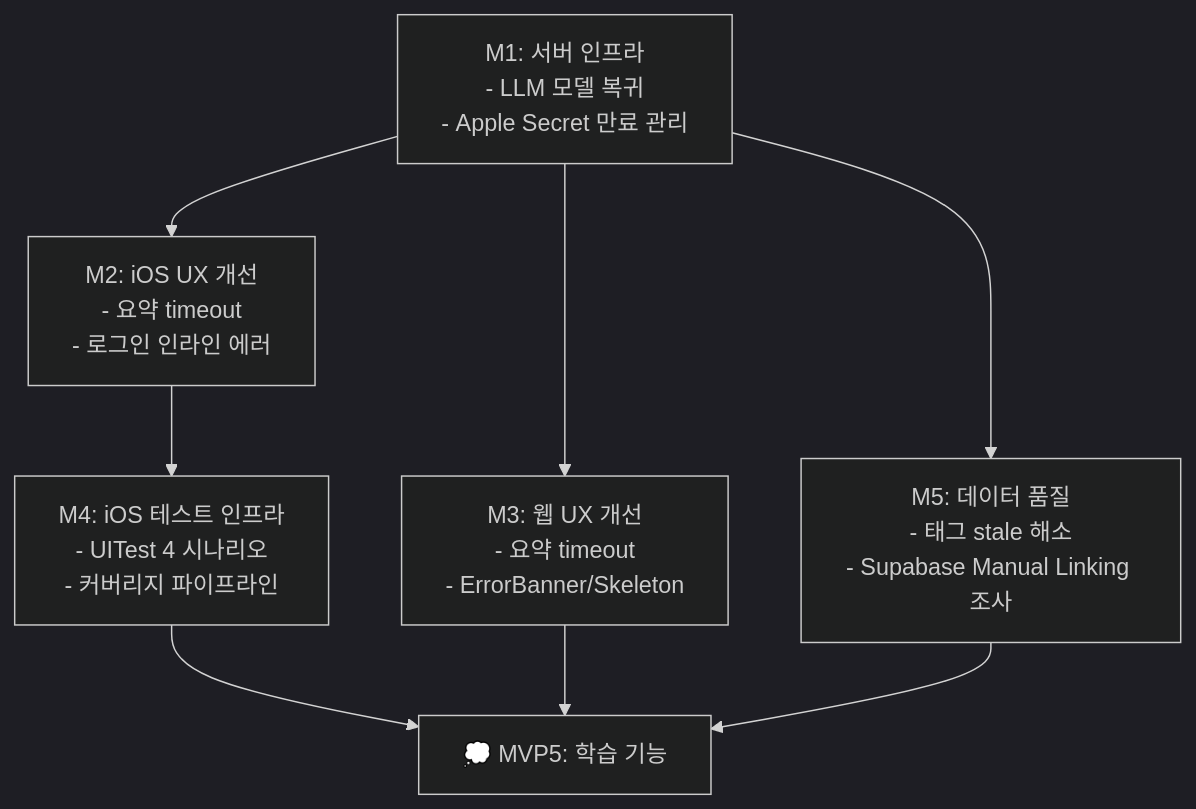
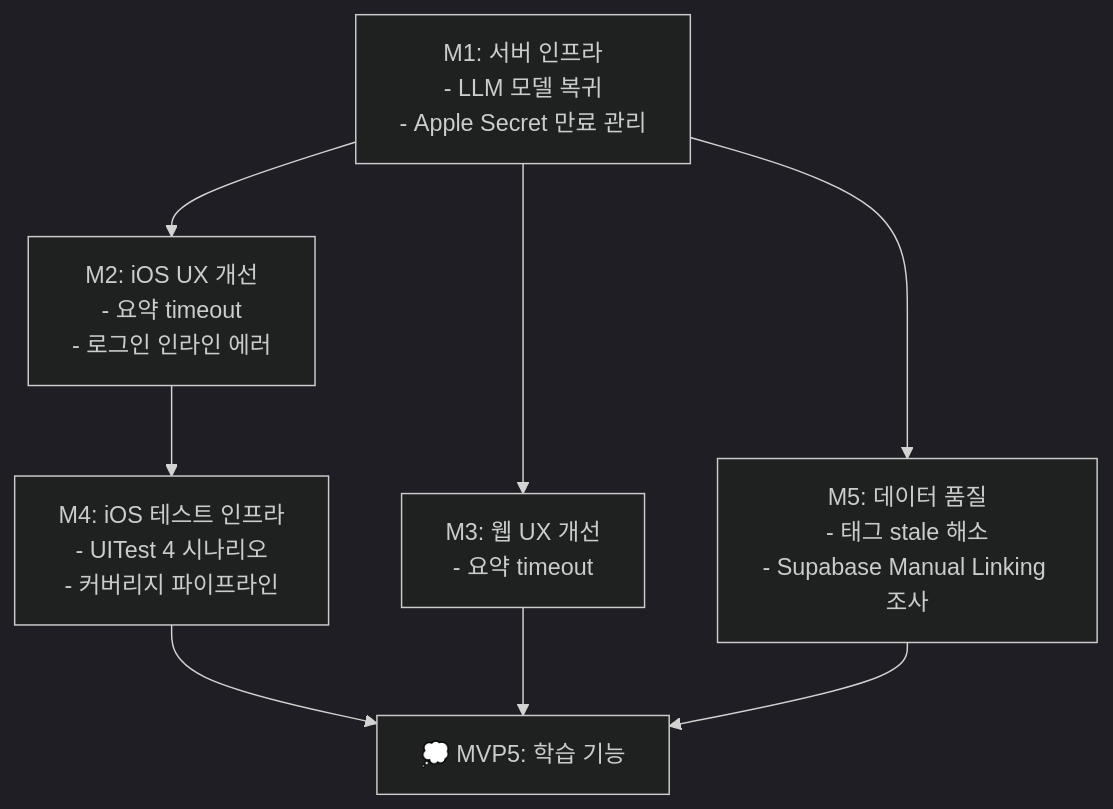
The diagram in progress/milestones/frank/_roadmap.md (seungchan2022/frank), drawn with Mermaid (dark theme) before and after one commit. The commit also changed other lines of this file and 1 other file, not shown here.

````diff
--- a/progress/milestones/frank/_roadmap.md
+++ b/progress/milestones/frank/_roadmap.md
@@ -34,17 +34,17 @@
 ```mermaid
 graph TD
     M1["M1: 서버 인프라\n- LLM 모델 복귀\n- Apple Secret 만료 관리"]
     M2["M2: iOS UX 개선\n- 요약 timeout\n- 로그인 인라인 에러"]
-    M3["M3: 웹 UX 개선\n- 요약 timeout\n- ErrorBanner/Skeleton"]
+    M3["M3: 웹 UX 개선\n- 요약 timeout"]
     M4["M4: iOS 테스트 인프라\n- UITest 4 시나리오\n- 커버리지 파이프라인"]
     M5["M5: 데이터 품질\n- 태그 stale 해소\n- Supabase Manual Linking 조사"]
     MVP5["💭 MVP5: 학습 기능"]
 
     M1 --> M2
     M1 --> M3
     M1 --> M5
     M2 --> M4
     M4 --> MVP5
     M3 --> MVP5
     M5 --> MVP5
 ```
````
